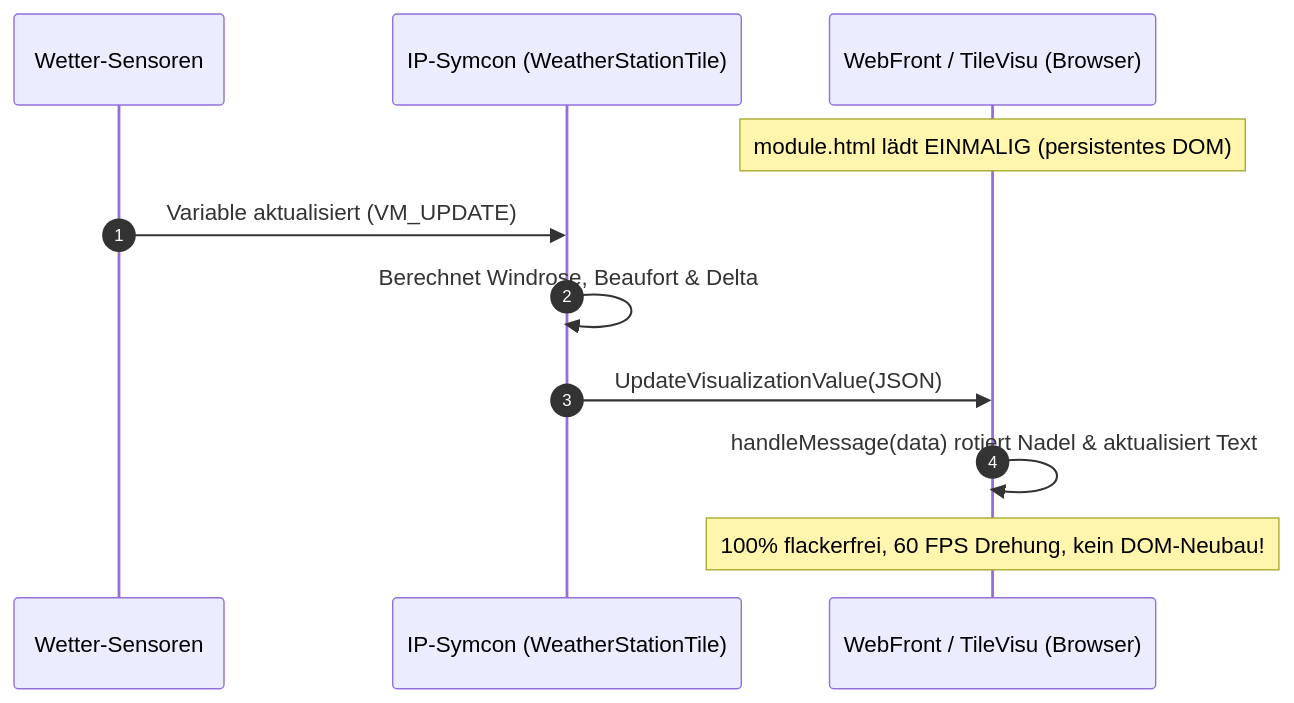
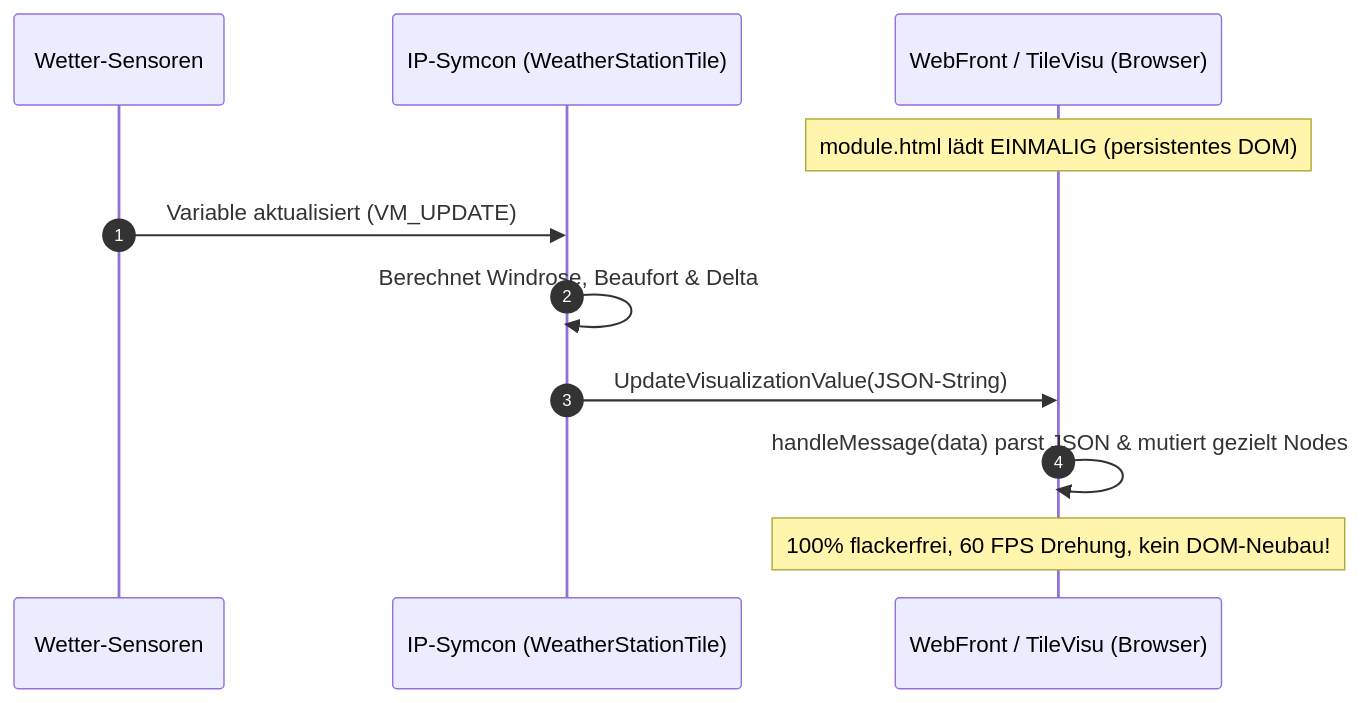
The second of 2 diagrams in README.md (TtodaH/IPS-Tile-Visu), drawn with Mermaid before and after one commit. The commit also changed other lines of this file and 1 other file, not shown here.

Commit message:
docs: comprehensive documentation for HTML-SDK architecture, responsive flex layout, and live websocket string parsing

````diff
--- a/README.md
+++ b/README.md
@@ -92,14 +97,14 @@
 ```mermaid
 sequenceDiagram
     autonumber
     participant S as Wetter-Sensoren
     participant IPS as IP-Symcon (WeatherStationTile)
     participant DOM as WebFront / TileVisu (Browser)
 
     Note over DOM: module.html lädt EINMALIG (persistentes DOM)
     S->>IPS: Variable aktualisiert (VM_UPDATE)
     IPS->>IPS: Berechnet Windrose, Beaufort & Delta
-    IPS->>DOM: UpdateVisualizationValue(JSON)
-    DOM->>DOM: handleMessage(data) rotiert Nadel & aktualisiert Text
+    IPS->>DOM: UpdateVisualizationValue(JSON-String)
+    DOM->>DOM: handleMessage(data) parst JSON & mutiert gezielt Nodes
     Note over DOM: 100% flackerfrei, 60 FPS Drehung, kein DOM-Neubau!
 ```
````
